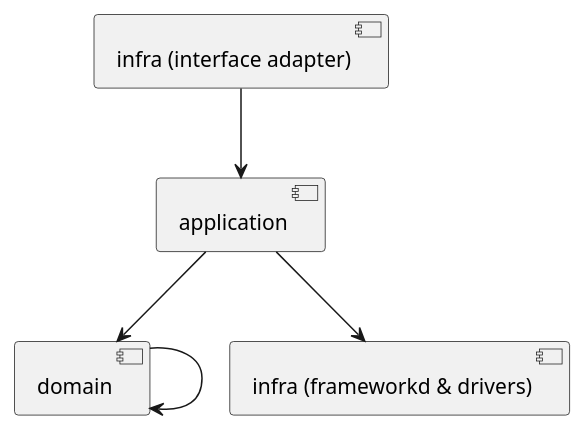
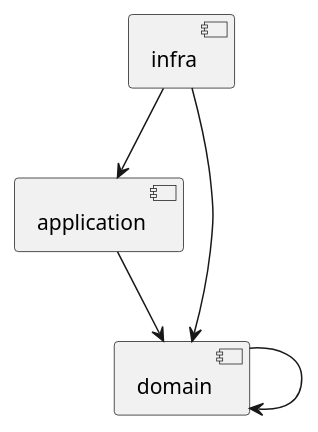
Before and after one commit to ivanfigueiredo/project-java: the diagram in assets/component/layers_component.puml, drawn with PlantUML. The commit also changed 1 other file, not shown here.

Commit message:
docs: add diagrams

```diff
--- a/assets/component/layers_component.puml
+++ b/assets/component/layers_component.puml
@@ -1,10 +1,9 @@
 @startuml
 component [application]
 component [domain]
-component [infra (interface adapter)]
-component [infra (frameworkd & drivers)]
+component [infra]
 [domain] --> [domain]
 [application] --> [domain]
-[application] --> [infra (frameworkd & drivers)]
-[infra (interface adapter)] --> [application]
+[infra] --> [domain]
+[infra] --> [application]
 @enduml
```
